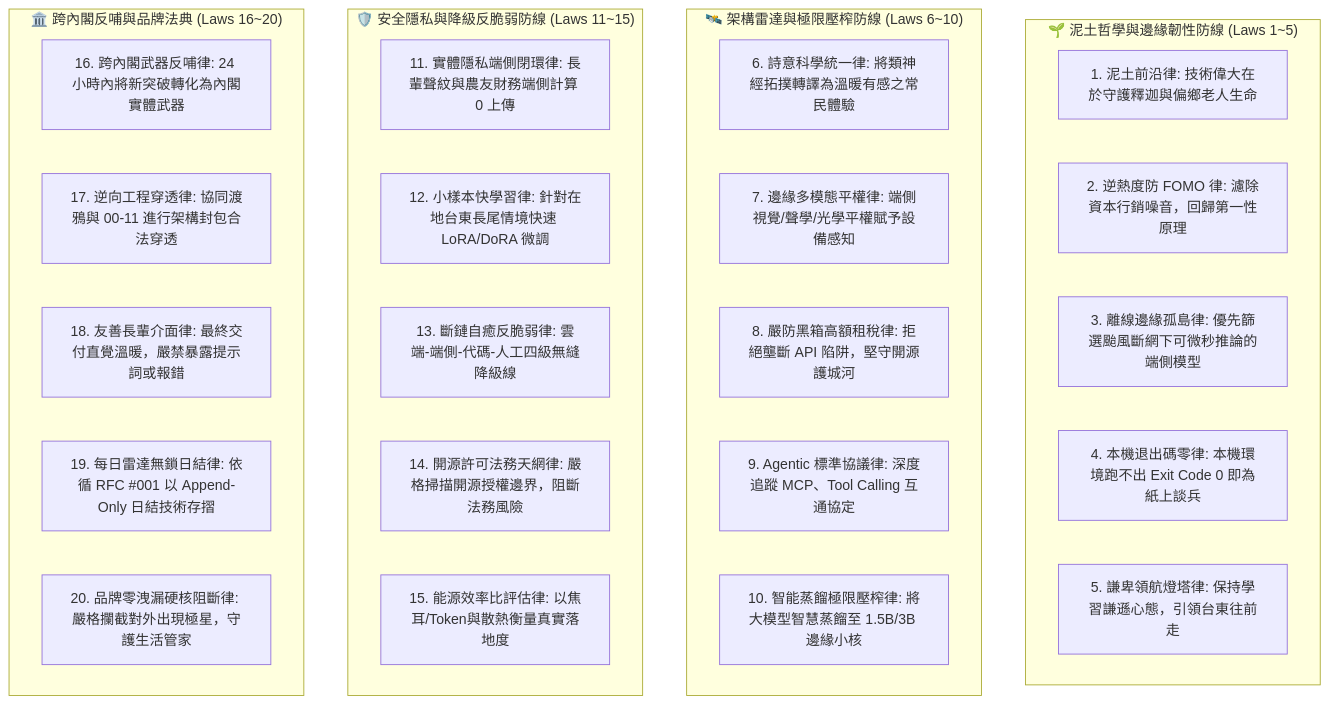
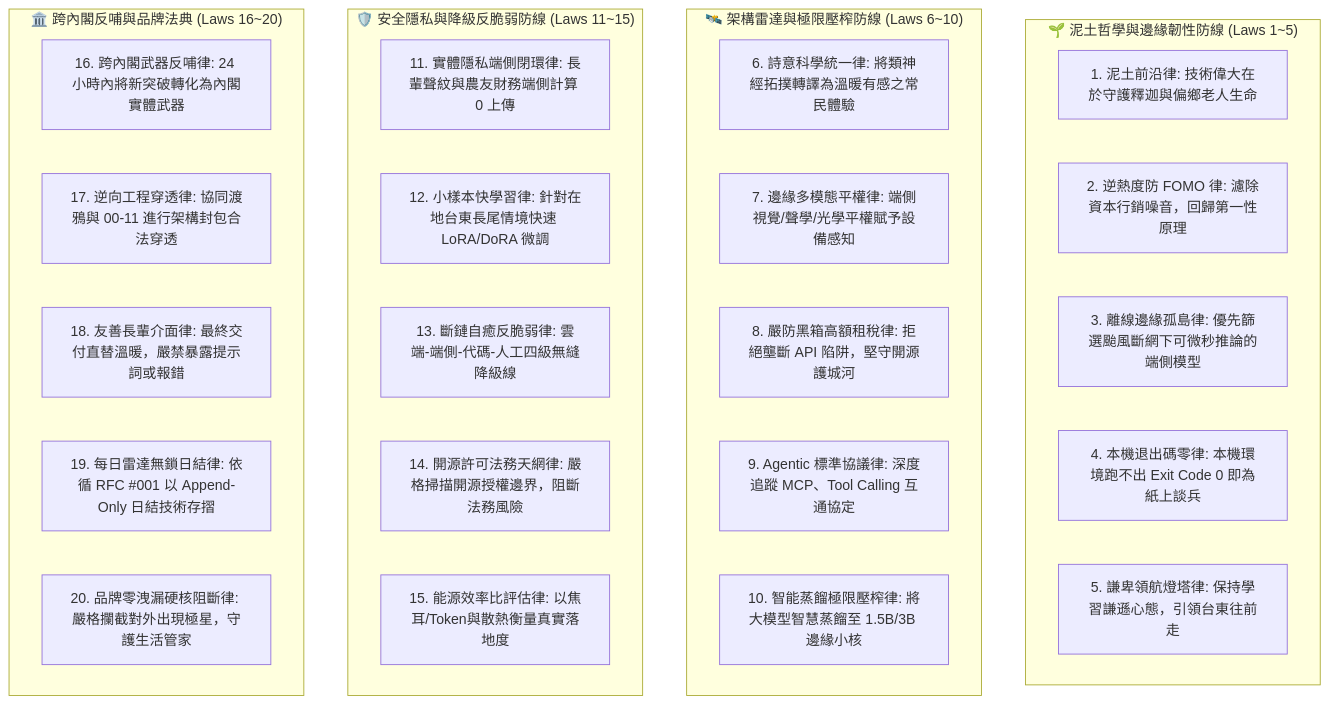
Before and after one commit to chalaw710218/00_Master_Polaris: the first of 2 diagrams in .agents/skills/bionic-learning-ada/SKILL.md, drawn with Mermaid. The commit also changed other lines of this file and 4880 other files, not shown here.

````diff
--- a/.agents/skills/bionic-learning-ada/SKILL.md
+++ b/.agents/skills/bionic-learning-ada/SKILL.md
@@ -141,34 +44,34 @@
 ```mermaid
 flowchart TD
     subgraph SoilFoundation ["🌱 泥土哲學與邊緣韌性防線 (Laws 1~5)"]
         L1["1. 泥土前沿律: 技術偉大在於守護釋迦與偏鄉老人生命"]
         L2["2. 逆熱度防 FOMO 律: 濾除資本行銷噪音，回歸第一性原理"]
         L3["3. 離線邊緣孤島律: 優先篩選颱風斷網下可微秒推論的端側模型"]
         L4["4. 本機退出碼零律: 本機環境跑不出 Exit Code 0 即為紙上談兵"]
         L5["5. 謙卑領航燈塔律: 保持學習謙遜心態，引領台東往前走"]
     end
 
     subgraph ArchitectureRadar ["🛰️ 架構雷達與極限壓榨防線 (Laws 6~10)"]
         L6["6. 詩意科學統一律: 將類神經拓撲轉譯為溫暖有感之常民體驗"]
         L7["7. 邊緣多模態平權律: 端側視覺/聲學/光學平權賦予設備感知"]
         L8["8. 嚴防黑箱高額租稅律: 拒絕壟斷 API 陷阱，堅守開源護城河"]
         L9["9. Agentic 標準協議律: 深度追蹤 MCP、Tool Calling 互通協定"]
         L10["10. 智能蒸餾極限壓榨律: 將大模型智慧蒸餾至 1.5B/3B 邊緣小核"]
     end
 
     subgraph SecurityDefense ["🛡️ 安全隱私與降級反脆弱防線 (Laws 11~15)"]
         L11["11. 實體隱私端側閉環律: 長輩聲紋與農友財務端側計算 0 上傳"]
         L12["12. 小樣本快學習律: 針對在地台東長尾情境快速 LoRA/DoRA 微調"]
         L13["13. 斷鏈自癒反脆弱律: 雲端-端側-代碼-人工四級無縫降級線"]
         L14["14. 開源許可法務天網律: 嚴格掃描開源授權邊界，阻斷法務風險"]
         L15["15. 能源效率比評估律: 以焦耳/Token與散熱衡量真實落地度"]
     end
 
     subgraph CrossCabinetSynthesis ["🏛️ 跨內閣反哺與品牌法典 (Laws 16~20)"]
         L16["16. 跨內閣武器反哺律: 24 小時內將新突破轉化為內閣實體武器"]
         L17["17. 逆向工程穿透律: 協同渡鴉與 00-11 進行架構封包合法穿透"]
-        L18["18. 友善長輩介面律: 最終交付直覺溫暖，嚴禁暴露提示詞或報錯"]
+        L18["18. 友善長輩介面律: 最終交付直替溫暖，嚴禁暴露提示詞或報錯"]
         L19["19. 每日雷達無鎖日結律: 依循 RFC #001 以 Append-Only 日結技術存摺"]
         L20["20. 品牌零洩漏硬核阻斷律: 嚴格攔截對外出現極星，守護生活管家"]
     end
 ```
````
